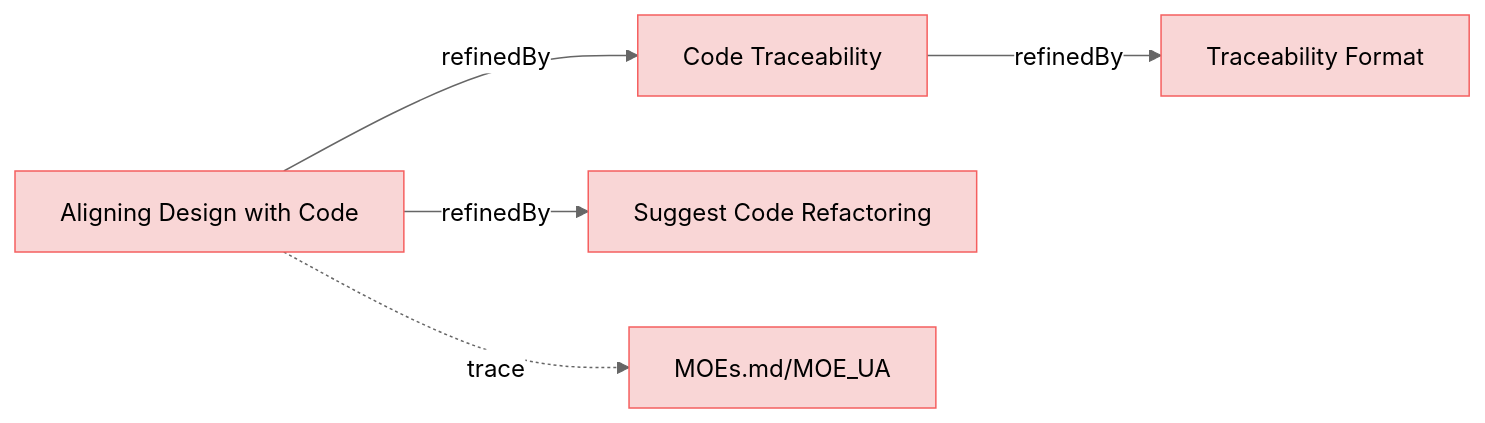
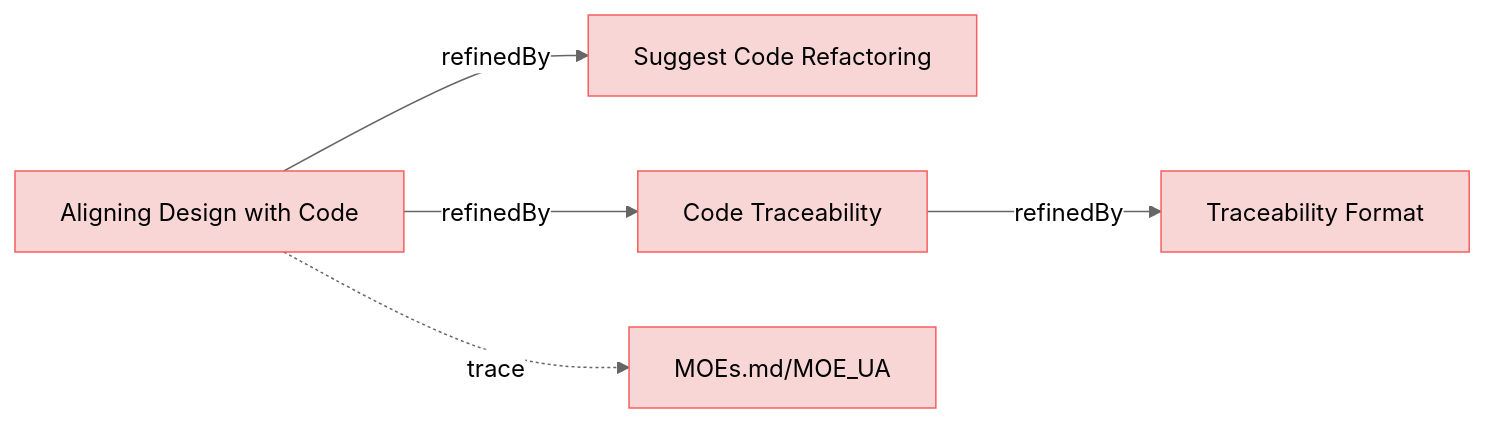
Before and after one commit to reqvire-org/reqvire: the second of 9 diagrams in specifications/UserRequirements.md, drawn with Mermaid (neutral theme). The commit also changed other lines of this file and 15 other files, not shown here.

First line of the commit message:
docs: Update auto-generated diagrams with new requirement traceability

````diff
--- a/specifications/UserRequirements.md
+++ b/specifications/UserRequirements.md
@@ -76,28 +78,29 @@
 ```mermaid
 graph LR;
+  %% REQVIRE-AUTOGENERATED-DIAGRAM
   %% Graph styling
   classDef requirement fill:#f9d6d6,stroke:#f55f5f,stroke-width:1px;
   classDef verification fill:#d6f9d6,stroke:#5fd75f,stroke-width:1px;
   classDef externalLink fill:#d0e0ff,stroke:#3080ff,stroke-width:1px;
   classDef default fill:#f5f5f5,stroke:#333333,stroke-width:1px;
 
+  398641ced77f628c["Suggest Code Refactoring"];
+  class 398641ced77f628c requirement;
+  click 398641ced77f628c "UserRequirements.md#suggest-code-refactoring";
   26ca72b617aff229["Code Traceability"];
   class 26ca72b617aff229 requirement;
   click 26ca72b617aff229 "UserRequirements.md#code-traceability";
   9314736a59776478["Traceability Format"];
   class 9314736a59776478 requirement;
   click 9314736a59776478 "CodeTraecabilityRequirements.md#traceability-format";
   26ca72b617aff229 -->|refinedBy| 9314736a59776478;
-  398641ced77f628c["Suggest Code Refactoring"];
-  class 398641ced77f628c requirement;
-  click 398641ced77f628c "UserRequirements.md#suggest-code-refactoring";
   855a1b3061c7bcdd["Aligning Design with Code"];
   class 855a1b3061c7bcdd requirement;
   click 855a1b3061c7bcdd "UserStories.md#aligning-design-with-code";
   2c5f30f14e792200["MOEs.md/MOE_UA"];
   class 2c5f30f14e792200 requirement;
   click 2c5f30f14e792200 "MOEs.md#moe_ua";
   855a1b3061c7bcdd -.->|trace| 2c5f30f14e792200;
+  855a1b3061c7bcdd -->|refinedBy| 398641ced77f628c;
   855a1b3061c7bcdd -->|refinedBy| 26ca72b617aff229;
-  855a1b3061c7bcdd -->|refinedBy| 398641ced77f628c;
 ```
````
